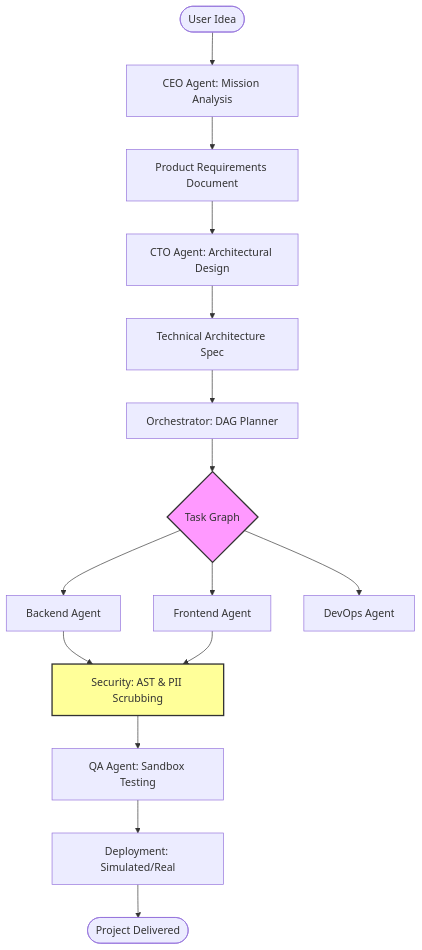
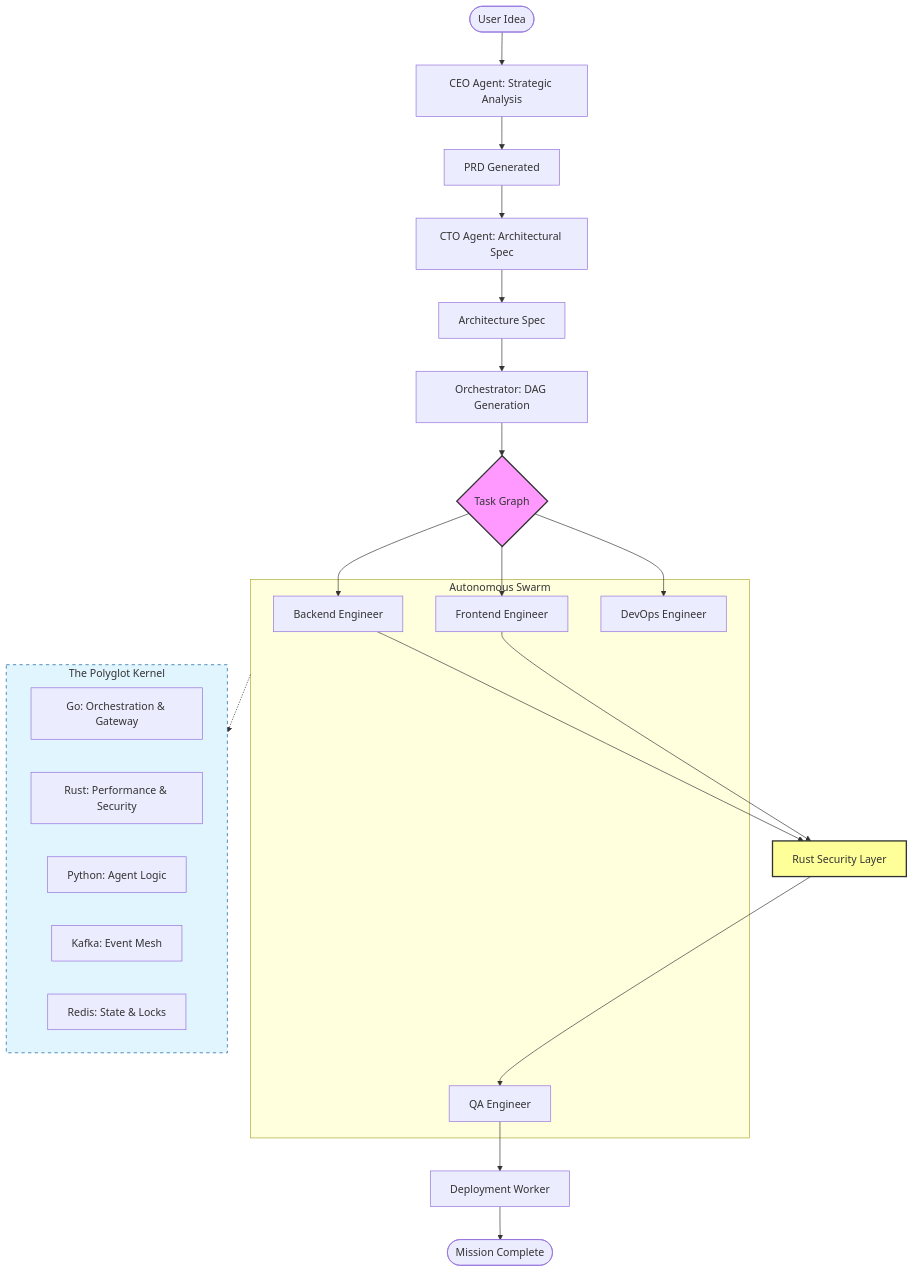
The diagram in README.md (DsThakurRawat/Autonomous-Multi-Agent-AI-Organization), drawn with Mermaid before and after one commit. The commit also changed other lines of this file, not shown here.

Commit message:
docs: exhaustive technical documentation of all system components

````diff
--- a/README.md
+++ b/README.md
@@ -46,24 +36,42 @@
 ```mermaid
 graph TD
-    User([User Idea]) --> CEO[CEO Agent: Mission Analysis]
-    CEO --> PRD[Product Requirements Document]
-    PRD --> CTO[CTO Agent: Architectural Design]
-    CTO --> Spec[Technical Architecture Spec]
-    Spec --> Planner[Orchestrator: DAG Planner]
+    User([User Idea]) --> CEO[CEO Agent: Strategic Analysis]
+    CEO --> PRD[PRD Generated]
+    PRD --> CTO[CTO Agent: Architectural Spec]
+    CTO --> Spec[Architecture Spec]
+    Spec --> Planner[Orchestrator: DAG Generation]
     Planner --> DAG{Task Graph}
     
-    DAG --> BE[Backend Agent]
-    DAG --> FE[Frontend Agent]
-    DAG --> DO[DevOps Agent]
+    subgraph Swarm[Autonomous Swarm]
+        BE[Backend Engineer]
+        FE[Frontend Engineer]
+        DO[DevOps Engineer]
+        QA[QA Engineer]
+    end
     
-    BE --> SEC[Security: AST & PII Scrubbing]
+    DAG --> BE
+    DAG --> FE
+    DAG --> DO
+    
+    BE --> SEC[Rust Security Layer]
     FE --> SEC
     
-    SEC --> QA[QA Agent: Sandbox Testing]
-    QA --> DEPLOY[Deployment: Simulated/Real]
+    SEC --> QA
+    QA --> DEPLOY[Deployment Worker]
     
-    DEPLOY --> Done([Project Delivered])
+    DEPLOY --> Done([Mission Complete])
+    
+    subgraph Infrastructure[The Polyglot Kernel]
+        Go[Go: Orchestration & Gateway]
+        Rust[Rust: Performance & Security]
+        Python[Python: Agent Logic]
+        Kafka[Kafka: Event Mesh]
+        Redis[Redis: State & Locks]
+    end
+    
+    Swarm -.-> Infrastructure
     
     style DAG fill:#f9f,stroke:#333,stroke-width:2px
     style SEC fill:#ff9,stroke:#333,stroke-width:2px
+    style Infrastructure fill:#e1f5fe,stroke:#01579b,stroke-dasharray: 5 5
 ```
````
